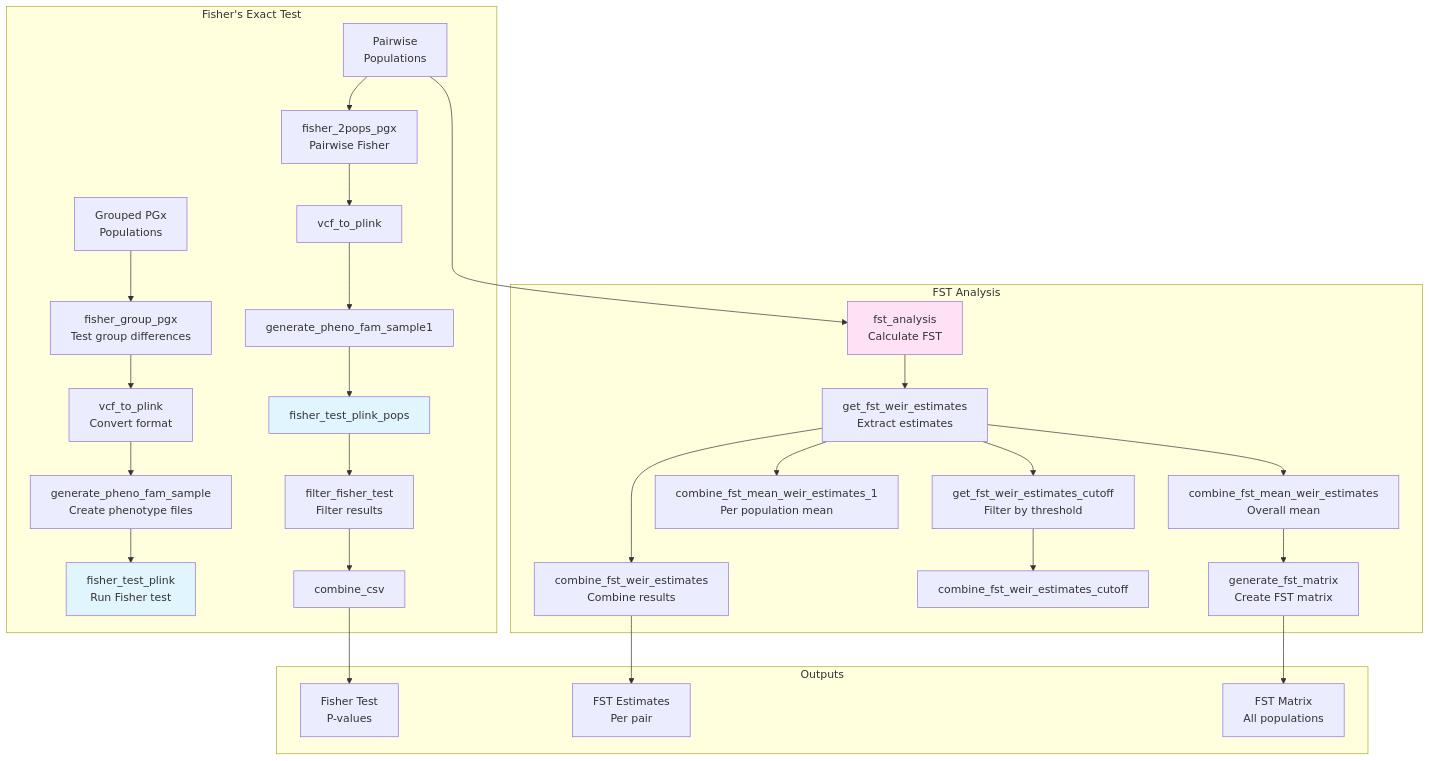
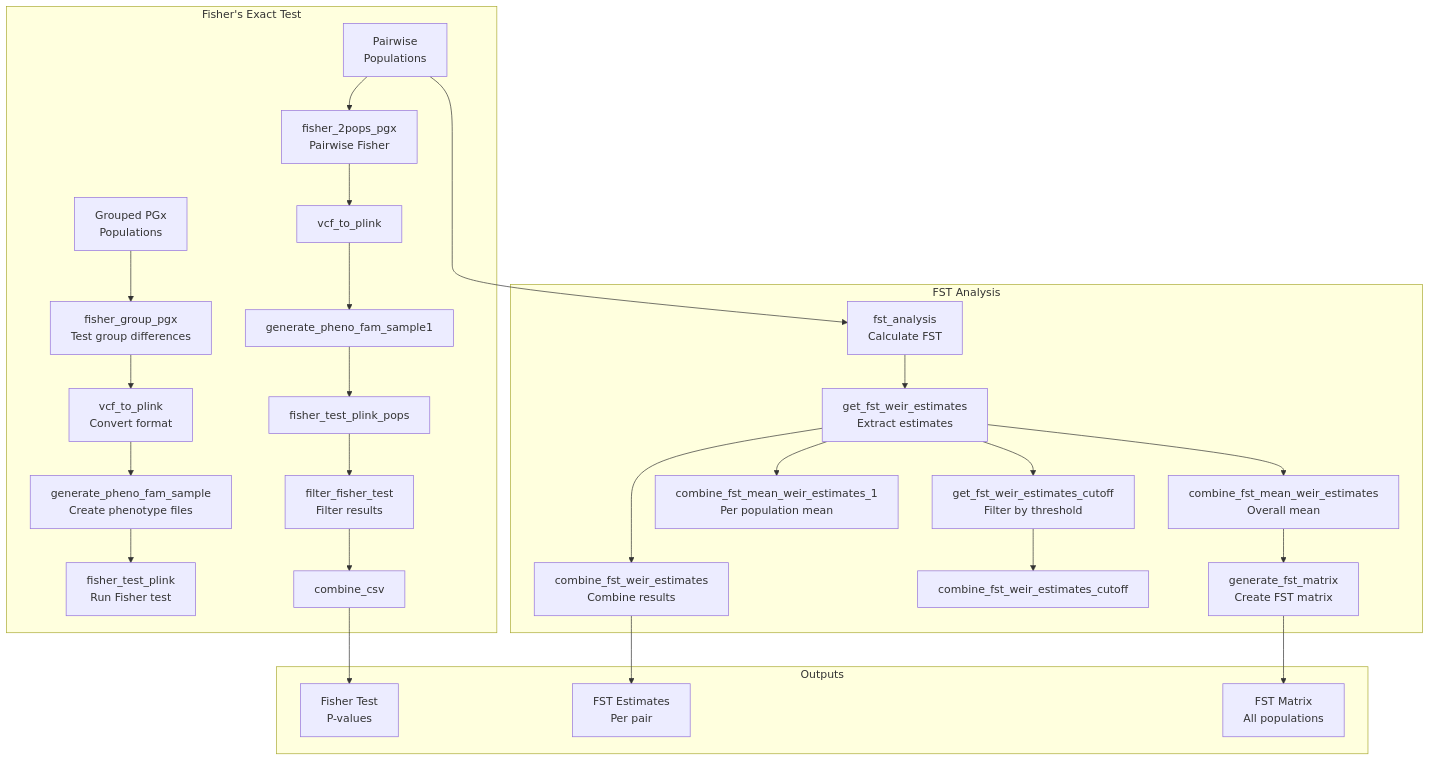
One commit to mamanambiya/exome_aibst_b38 changed the fourth of 8 diagrams in docs/WORKFLOW_GRAPH.md. Above: the diagram before and after it, drawn with Mermaid. The commit also changed other lines of this file, not shown here.

First line of the commit message:
docs: remove low-contrast fill colours from workflow graph

````diff
--- a/docs/WORKFLOW_GRAPH.md
+++ b/docs/WORKFLOW_GRAPH.md
@@ -122,43 +108,40 @@
 ```mermaid
 graph TB
     subgraph "Fisher's Exact Test"
         GroupPGx[Grouped PGx<br/>Populations] --> FisherGroup[fisher_group_pgx<br/>Test group differences]
         FisherGroup --> VCFtoPlink1[vcf_to_plink<br/>Convert format]
         VCFtoPlink1 --> GenPheno1[generate_pheno_fam_sample<br/>Create phenotype files]
         GenPheno1 --> FisherTest1[fisher_test_plink<br/>Run Fisher test]
         
         Pairs[Pairwise<br/>Populations] --> Fisher2Pop[fisher_2pops_pgx<br/>Pairwise Fisher]
         Fisher2Pop --> VCFtoPlink2[vcf_to_plink]
         VCFtoPlink2 --> GenPheno2[generate_pheno_fam_sample1]
         GenPheno2 --> FisherTest2[fisher_test_plink_pops]
         FisherTest2 --> FilterFisher[filter_fisher_test<br/>Filter results]
         FilterFisher --> CombineCSV[combine_csv]
     end
     
     subgraph "FST Analysis"
         Pairs --> FSTAnalysis[fst_analysis<br/>Calculate FST]
         FSTAnalysis --> GetWeir[get_fst_weir_estimates<br/>Extract estimates]
         GetWeir --> CombineFST[combine_fst_weir_estimates<br/>Combine results]
         GetWeir --> GetWeirCut[get_fst_weir_estimates_cutoff<br/>Filter by threshold]
         GetWeirCut --> CombineFSTCut[combine_fst_weir_estimates_cutoff]
         
         GetWeir --> MeanFST1[combine_fst_mean_weir_estimates_1<br/>Per population mean]
         GetWeir --> MeanFST[combine_fst_mean_weir_estimates<br/>Overall mean]
         
         MeanFST --> GenMatrix[generate_fst_matrix<br/>Create FST matrix]
     end
     
     subgraph "Outputs"
         OUT1[Fisher Test<br/>P-values]
         OUT2[FST Estimates<br/>Per pair]
         OUT3[FST Matrix<br/>All populations]
     end
     
     CombineCSV --> OUT1
     CombineFST --> OUT2
     GenMatrix --> OUT3
     
-    style FisherTest1 fill:#e1f5ff
-    style FisherTest2 fill:#e1f5ff
-    style FSTAnalysis fill:#ffe1f5
 ```
````
